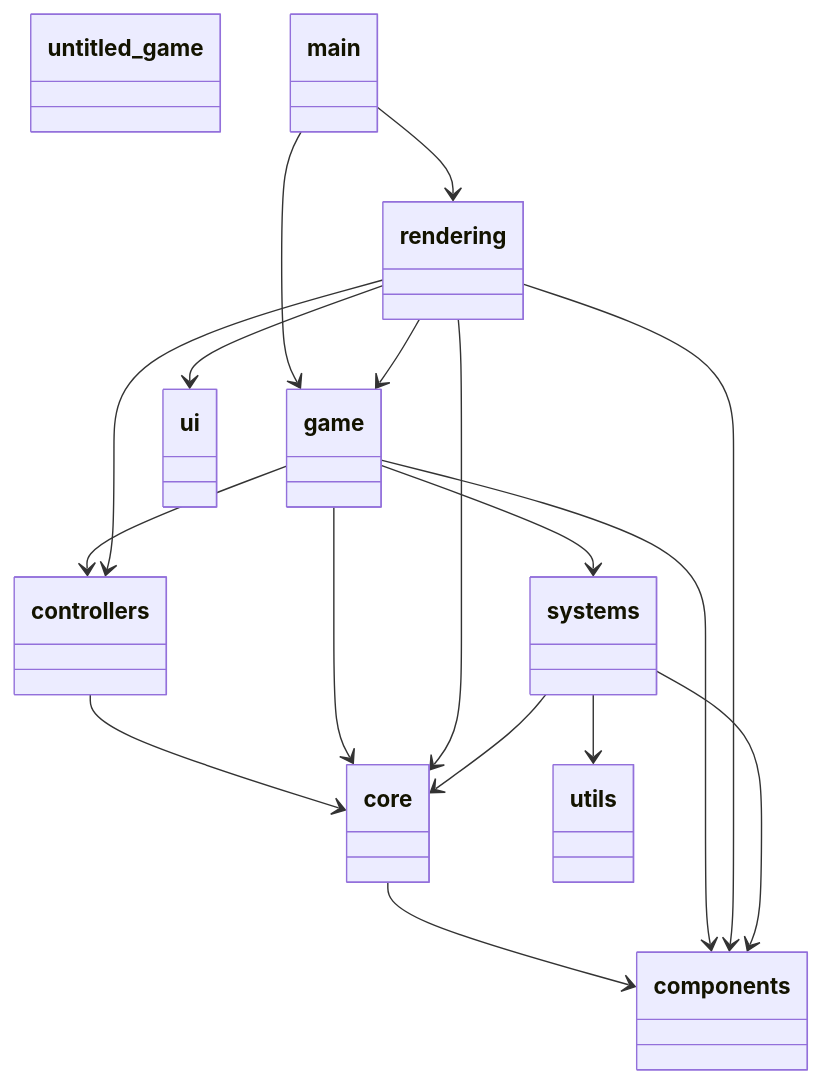
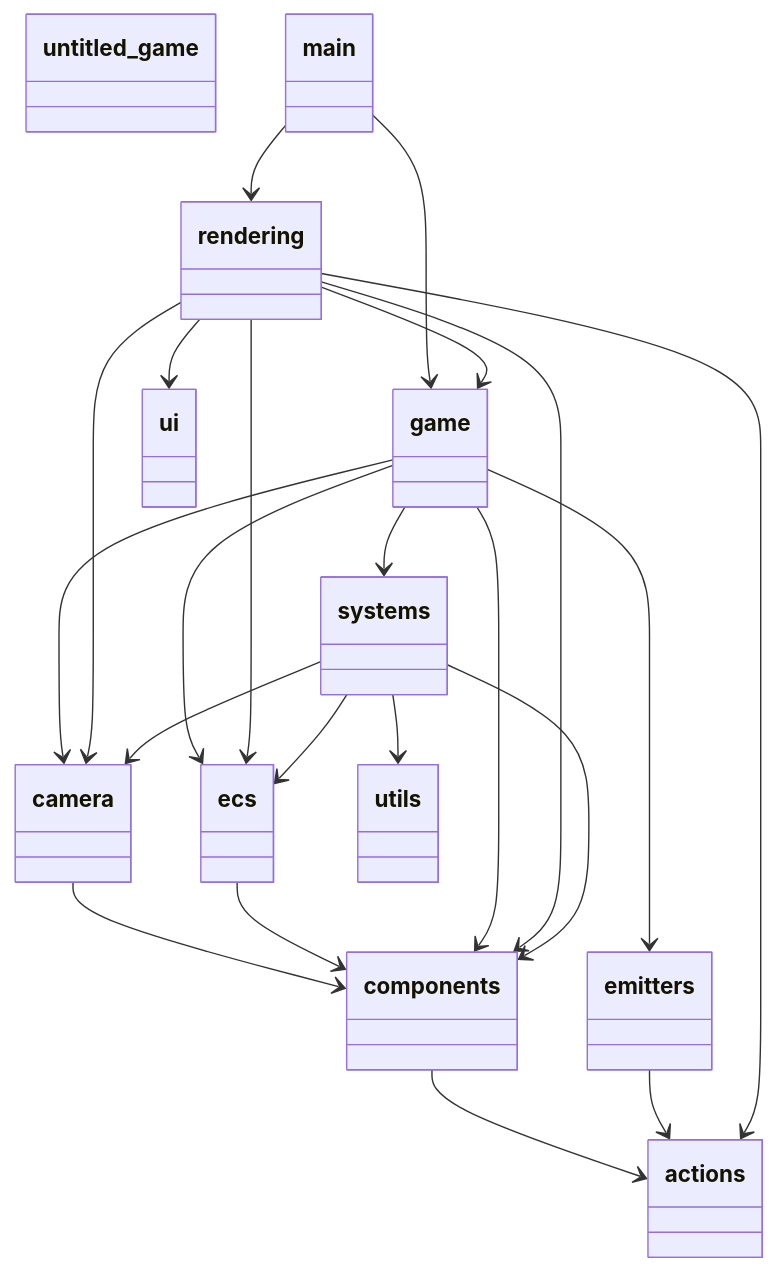
One commit to ramonmeza/untitled_game changed the second of 2 diagrams in README.md. Above: the diagram before and after it, drawn with Mermaid. The commit also changed other lines of this file and 11 other files, not shown here.

Commit message:
Update README diagrams, improve inline docs, change nomenclature for clarity

````diff
--- a/README.md
+++ b/README.md
@@ -114,39 +119,48 @@
 ```mermaid
 classDiagram
   class untitled_game {
   }
   class __main__ {
   }
+  class actions {
+  }
+  class camera {
+  }
   class components {
   }
-  class controllers {
+  class ecs {
   }
-  class core {
+  class emitters {
   }
   class game {
   }
   class rendering {
   }
   class systems {
   }
   class ui {
   }
   class utils {
   }
   __main__ --> game
   __main__ --> rendering
-  controllers --> core
-  core --> components
+  camera --> components
+  components --> actions
+  ecs --> components
+  emitters --> actions
+  game --> camera
   game --> components
-  game --> controllers
-  game --> core
+  game --> ecs
+  game --> emitters
   game --> systems
+  rendering --> actions
+  rendering --> camera
   rendering --> components
-  rendering --> controllers
-  rendering --> core
+  rendering --> ecs
   rendering --> game
   rendering --> ui
+  systems --> camera
   systems --> components
-  systems --> core
+  systems --> ecs
   systems --> utils
 ```
````
